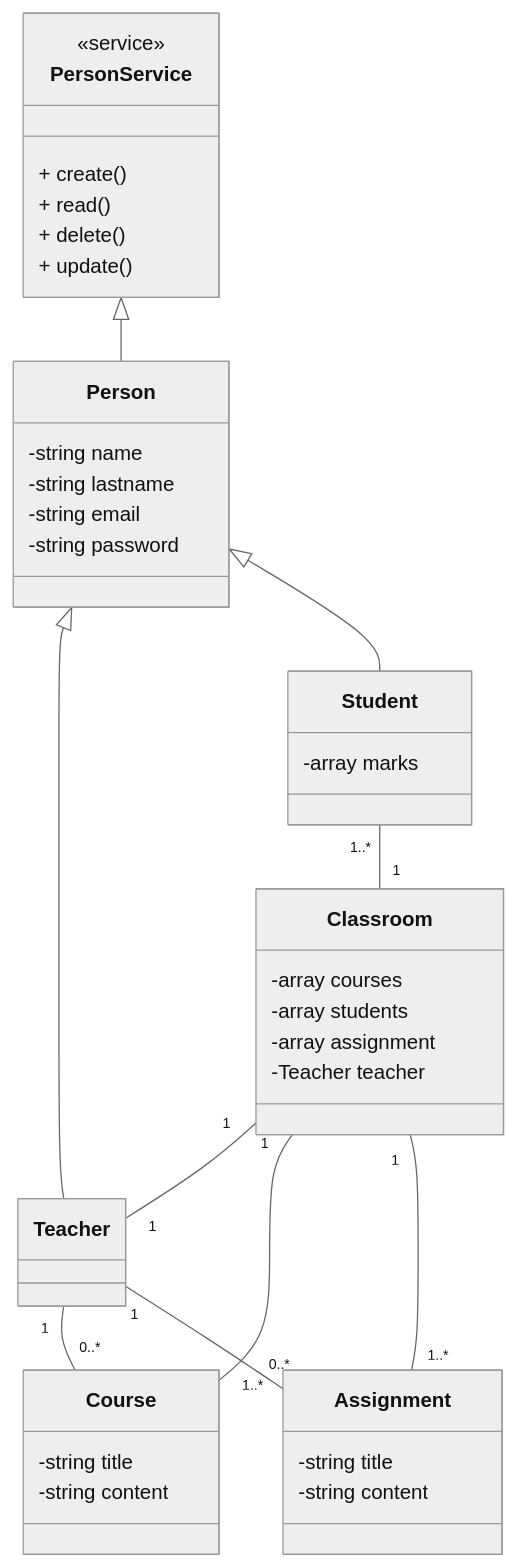
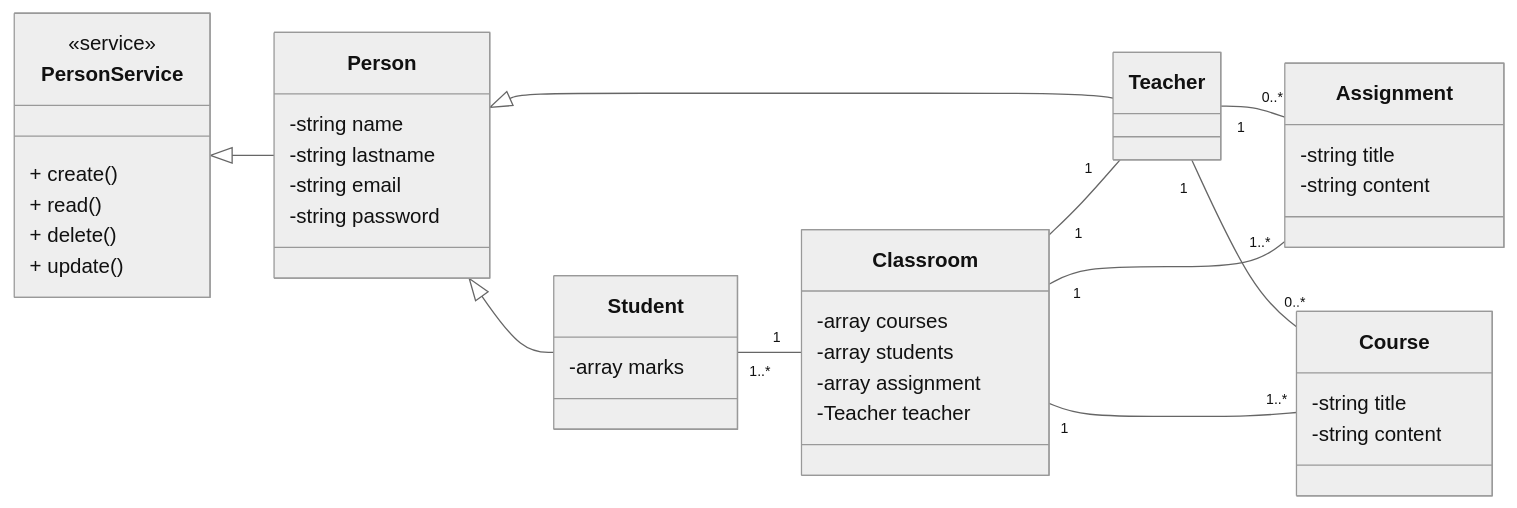
The diagram in TP_POO/README.md (Neirotciv/D6_PHP_POO), drawn with Mermaid (neutral theme) before and after one commit. The commit also changed 10 other files, not shown here.

````diff
--- a/TP_POO/README.md
+++ b/TP_POO/README.md
@@ -34,48 +34,47 @@
 ```mermaid
 classDiagram
+    direction LR
     class Person{
         -string name
         -string lastname
         -string email
         -string password
     }
     class Student {
         -array marks
     }
     class Teacher {
 
     }
     class Assignment {
         -string title
         -string content
     }
     class Course {
         -string title
         -string content
     }
     class Classroom {
         -array courses
         -array students
         -array assignment
         -Teacher teacher
     }
     class PersonService {
         <<service>>
         + create()
         + read()
         + delete()
         + update()
     }
    
-    
     PersonService <|-- Person 
+    Person<|--Teacher
+    Person<|--Student
+    Student "1..*" -- "1" Classroom
+    Teacher "1" -- "0..*" Assignment
+    Teacher "1" -- "0..*" Course
     Classroom "1" -- "1" Teacher
     Classroom "1" -- "1..*" Course
     Classroom "1" -- "1..*" Assignment
-    Student "1..*" -- "1" Classroom
-    Teacher "1" -- "0..*" Course
-    Teacher "1" -- "0..*" Assignment
-    Person<|--Teacher
-    Person<|--Student
-    
 ```
````
